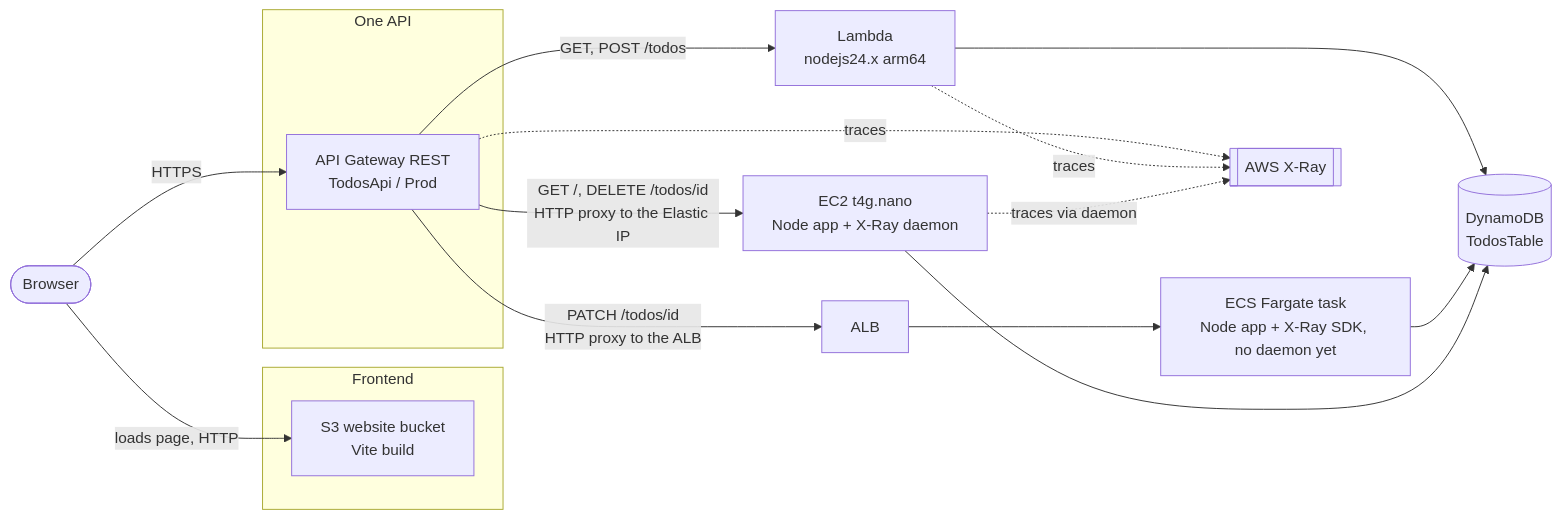
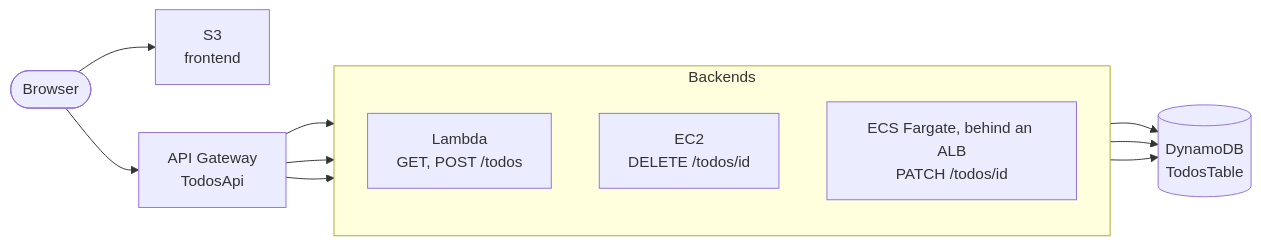
Before and after one commit to juan19932carlos/aws-xray-example: the first of 4 diagrams in architecture/infrastructure.md, drawn with Mermaid. The commit also changed other lines of this file and 1 other file, not shown here.

Commit message:
docs: simplify the overview diagram, detail ECS, add journal 03 findings

````diff
--- a/architecture/infrastructure.md
+++ b/architecture/infrastructure.md
@@ -7,30 +7,24 @@
 ```mermaid
 flowchart LR
     Browser([Browser])
+    S3["S3<br/>frontend"]
+    Api["API Gateway<br/>TodosApi"]
 
-    subgraph Frontend
-        S3[S3 website bucket<br/>Vite build]
+    subgraph Backends
+        direction TB
+        Lambda["Lambda<br/>GET, POST /todos"]
+        EC2["EC2<br/>DELETE /todos/id"]
+        Ecs["ECS Fargate, behind an ALB<br/>PATCH /todos/id"]
     end
 
-    subgraph "One API"
-        Api[API Gateway REST<br/>TodosApi / Prod]
-    end
+    DDB[("DynamoDB<br/>TodosTable")]
 
-    Lambda[Lambda<br/>nodejs24.x arm64]
-    DDB[(DynamoDB<br/>TodosTable)]
-    EC2[EC2 t4g.nano<br/>Node app + X-Ray daemon]
-    Alb[ALB]
-    Ecs[ECS Fargate task<br/>Node app + X-Ray SDK, no daemon yet]
-    XRay[[AWS X-Ray]]
-
-    Browser -->|loads page, HTTP| S3
-    Browser -->|HTTPS| Api
-    Api -->|GET, POST /todos| Lambda --> DDB
-    Api -->|GET /, DELETE /todos/id<br/>HTTP proxy to the Elastic IP| EC2
-    Api -->|PATCH /todos/id<br/>HTTP proxy to the ALB| Alb --> Ecs --> DDB
+    Browser --> S3
+    Browser --> Api
+    Api --> Lambda
+    Api --> EC2
+    Api --> Ecs
+    Lambda --> DDB
     EC2 --> DDB
-
-    Api -.traces.-> XRay
-    Lambda -.traces.-> XRay
-    EC2 -.traces via daemon.-> XRay
+    Ecs --> DDB
 ```
````
